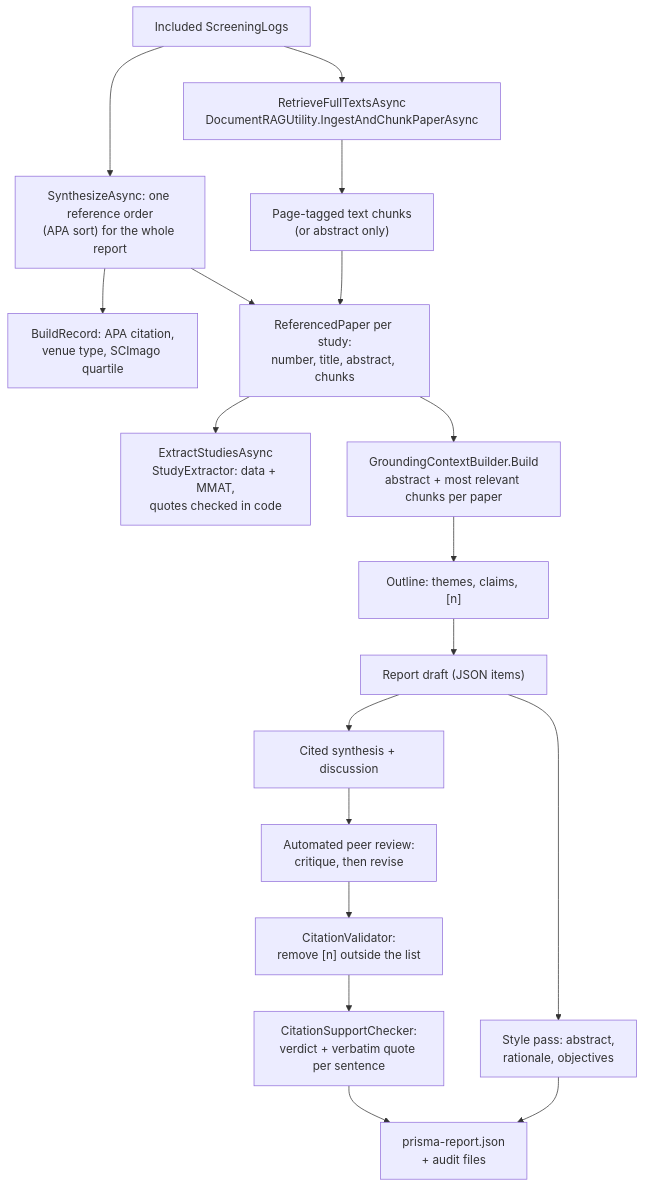
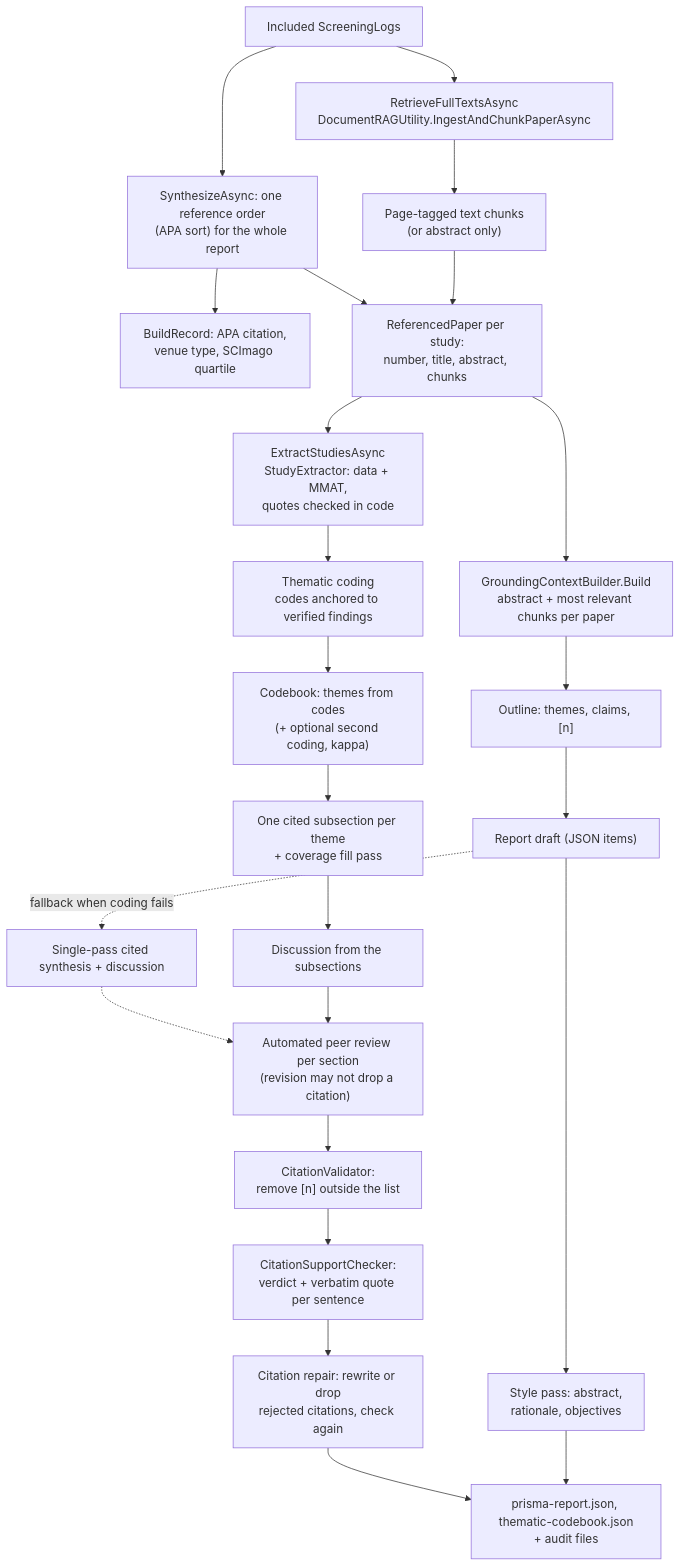
Before and after one commit to lauPhilip/au-btech-literature-review-agent: the diagram in docs/wiki/04-evidence-and-report.md, drawn with Mermaid. The commit also changed other lines of this file and 2 other files, not shown here.

Commit message:
docs(wiki): thematic synthesis in the pipeline and report pages

````diff
--- a/docs/wiki/04-evidence-and-report.md
+++ b/docs/wiki/04-evidence-and-report.md
@@ -7,19 +7,25 @@
 ```mermaid
 flowchart TD
     INC["Included ScreeningLogs"] --> FT["RetrieveFullTextsAsync<br/>DocumentRAGUtility.IngestAndChunkPaperAsync"]
     FT --> CH["Page-tagged text chunks<br/>(or abstract only)"]
     INC --> ORD["SynthesizeAsync: one reference order<br/>(APA sort) for the whole report"]
     ORD --> REC["BuildRecord: APA citation,<br/>venue type, SCImago quartile"]
     CH --> REF["ReferencedPaper per study:<br/>number, title, abstract, chunks"]
     ORD --> REF
     REF --> EX["ExtractStudiesAsync<br/>StudyExtractor: data + MMAT,<br/>quotes checked in code"]
     REF --> GC["GroundingContextBuilder.Build<br/>abstract + most relevant chunks per paper"]
     GC --> OUT["Outline: themes, claims, [n]"]
     OUT --> DR["Report draft (JSON items)"]
     DR --> ST["Style pass: abstract,<br/>rationale, objectives"]
-    DR --> CS["Cited synthesis + discussion"]
-    CS --> PRV["Automated peer review:<br/>critique, then revise"]
+    EX --> COD["Thematic coding<br/>codes anchored to verified findings"]
+    COD --> CB["Codebook: themes from codes<br/>(+ optional second coding, kappa)"]
+    CB --> TS["One cited subsection per theme<br/>+ coverage fill pass"]
+    TS --> DIS["Discussion from the subsections"]
+    DIS --> PRV["Automated peer review per section<br/>(revision may not drop a citation)"]
+    DR -. "fallback when coding fails" .-> CS["Single-pass cited synthesis + discussion"]
+    CS -.-> PRV
     PRV --> RV["CitationValidator:<br/>remove [n] outside the list"]
     RV --> SC["CitationSupportChecker:<br/>verdict + verbatim quote per sentence"]
-    ST & SC --> REP["prisma-report.json<br/>+ audit files"]
+    SC --> RP["Citation repair: rewrite or drop<br/>rejected citations, check again"]
+    ST & RP --> REP["prisma-report.json, thematic-codebook.json<br/>+ audit files"]
 ```
````
